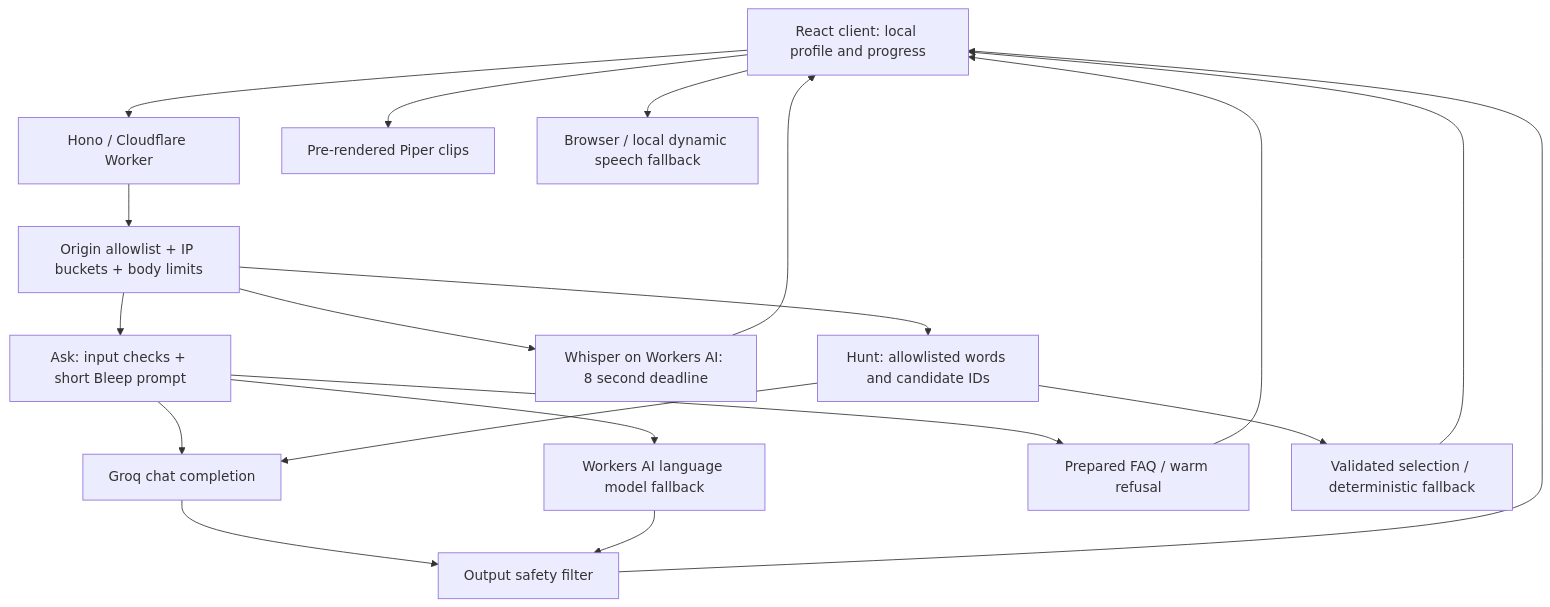
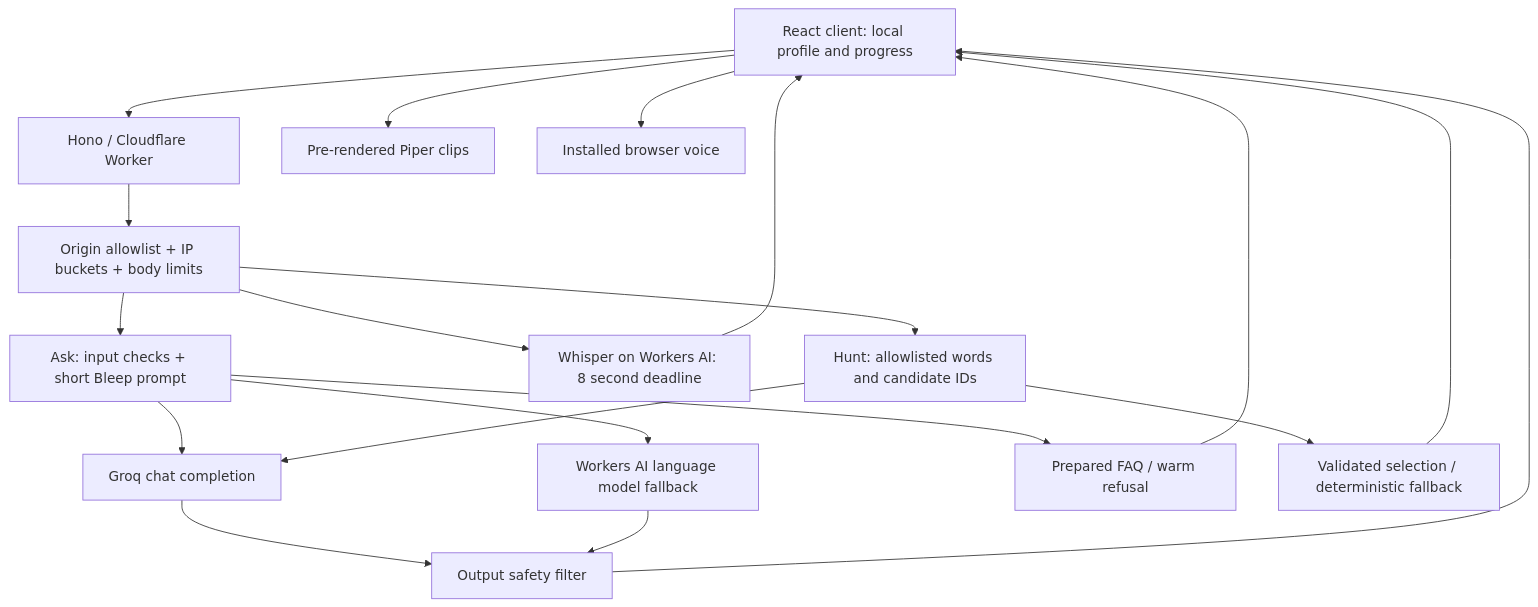
One commit to Tarlan2006/westcoded-business-cup changed the diagram in docs/ARCHITECTURE.md. Above: the diagram before and after it, drawn with Mermaid. The commit also changed 28 other files, not shown here.

````diff
--- a/docs/ARCHITECTURE.md
+++ b/docs/ARCHITECTURE.md
@@ -3,21 +3,21 @@
 ```mermaid
 flowchart TD
  Client[React client: local profile and progress] --> Worker[Hono / Cloudflare Worker]
  Client --> Clips[Pre-rendered Piper clips]
- Client --> Speech[Browser / local dynamic speech fallback]
+ Client --> Speech[Installed browser voice]
  Worker --> Guard[Origin allowlist + IP buckets + body limits]
  Guard --> Ask[Ask: input checks + short Bleep prompt]
  Ask --> Groq[Groq chat completion]
  Ask --> AI[Workers AI language model fallback]
  Groq --> Filter[Output safety filter]
  AI --> Filter
  Filter --> Client
  Ask --> FAQ[Prepared FAQ / warm refusal]
  FAQ --> Client
  Guard --> STT[Whisper on Workers AI: 8 second deadline]
  STT --> Client
  Guard --> Hunt[Hunt: allowlisted words and candidate IDs]
  Hunt --> Groq
  Hunt --> Local[Validated selection / deterministic fallback]
  Local --> Client
 ```
````
